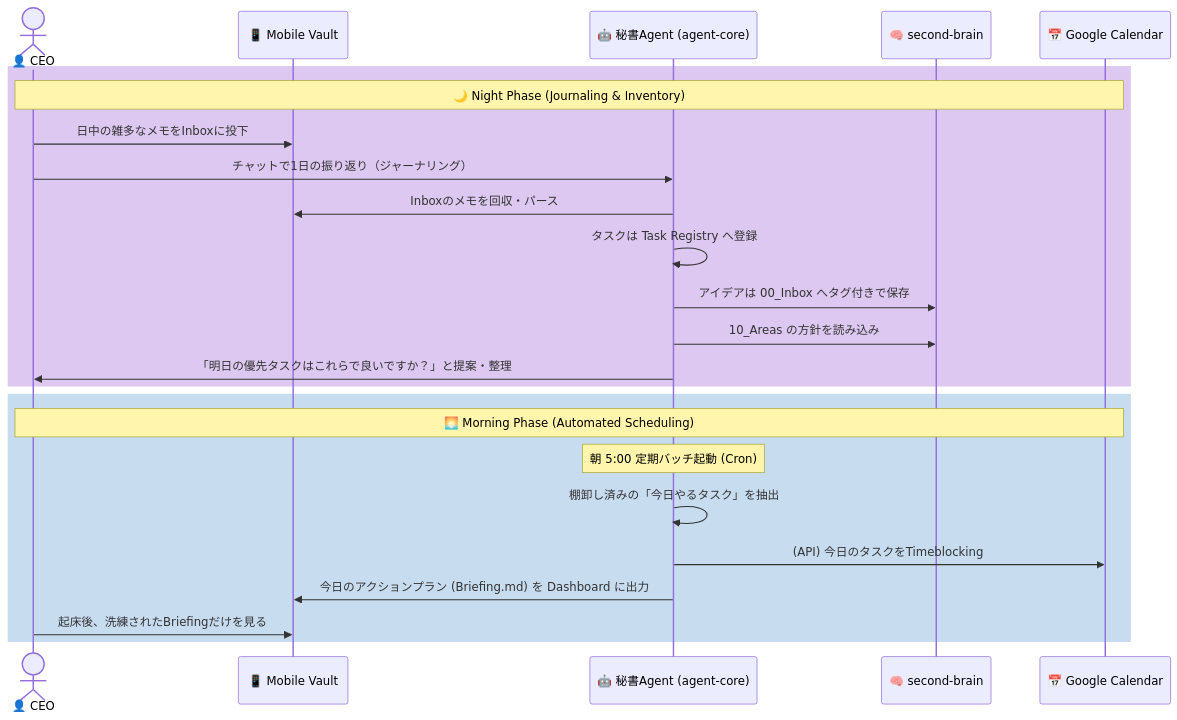
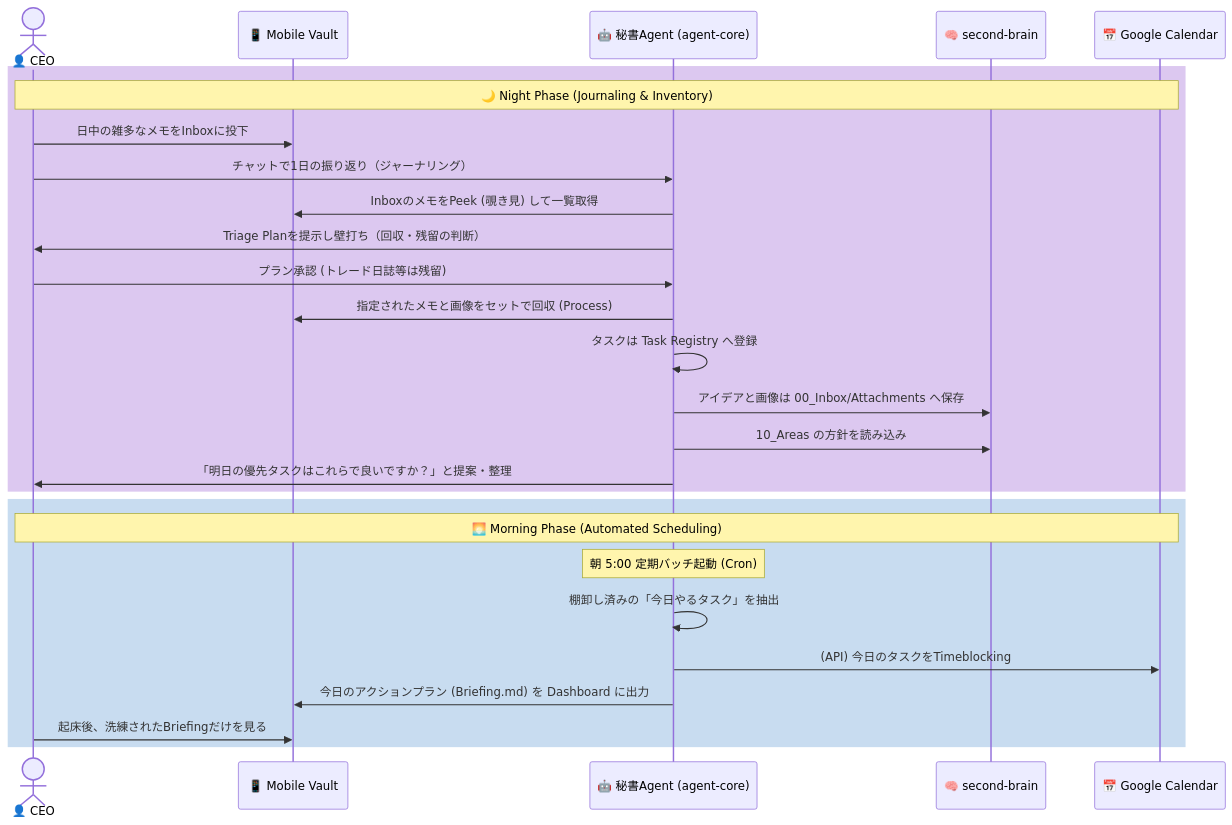
Before and after one commit to shoheiHasegawa/agent-core: the second of 2 diagrams in workspaces/action_reflection_pipeline/docs/01_Architecture_and_DataFlow.md, drawn with Mermaid. The commit also changed 62 other files, not shown here.

````diff
--- a/workspaces/action_reflection_pipeline/docs/01_Architecture_and_DataFlow.md
+++ b/workspaces/action_reflection_pipeline/docs/01_Architecture_and_DataFlow.md
@@ -85,30 +85,33 @@
 ```mermaid
 sequenceDiagram
     actor CEO as 👤 CEO
     participant MV as 📱 Mobile Vault
     participant Sec as 🤖 秘書Agent (agent-core)
     participant SB as 🧠 second-brain
     participant GCal as 📅 Google Calendar
 
     %% 夜の対話と棚卸し
     rect rgb(220, 200, 240)
         Note over CEO, GCal: 🌙 Night Phase (Journaling & Inventory)
         CEO->>MV: 日中の雑多なメモをInboxに投下
         CEO->>Sec: チャットで1日の振り返り（ジャーナリング）
-        Sec->>MV: Inboxのメモを回収・パース
+        Sec->>MV: InboxのメモをPeek (覗き見) して一覧取得
+        Sec->>CEO: Triage Planを提示し壁打ち（回収・残留の判断）
+        CEO->>Sec: プラン承認 (トレード日誌等は残留)
+        Sec->>MV: 指定されたメモと画像をセットで回収 (Process)
         Sec->>Sec: タスクは Task Registry へ登録
-        Sec->>SB: アイデアは 00_Inbox へタグ付きで保存
+        Sec->>SB: アイデアと画像は 00_Inbox/Attachments へ保存
         Sec->>SB: 10_Areas の方針を読み込み
         Sec->>CEO: 「明日の優先タスクはこれらで良いですか？」と提案・整理
     end
 
     %% 朝の自動スケジューリング
     rect rgb(200, 220, 240)
         Note over CEO, GCal: 🌅 Morning Phase (Automated Scheduling)
         Note over Sec: 朝 5:00 定期バッチ起動 (Cron)
         Sec->>Sec: 棚卸し済みの「今日やるタスク」を抽出
         Sec->>GCal: (API) 今日のタスクをTimeblocking
         Sec->>MV: 今日のアクションプラン (Briefing.md) を Dashboard に出力
         CEO->>MV: 起床後、洗練されたBriefingだけを見る
     end
 ```
````
